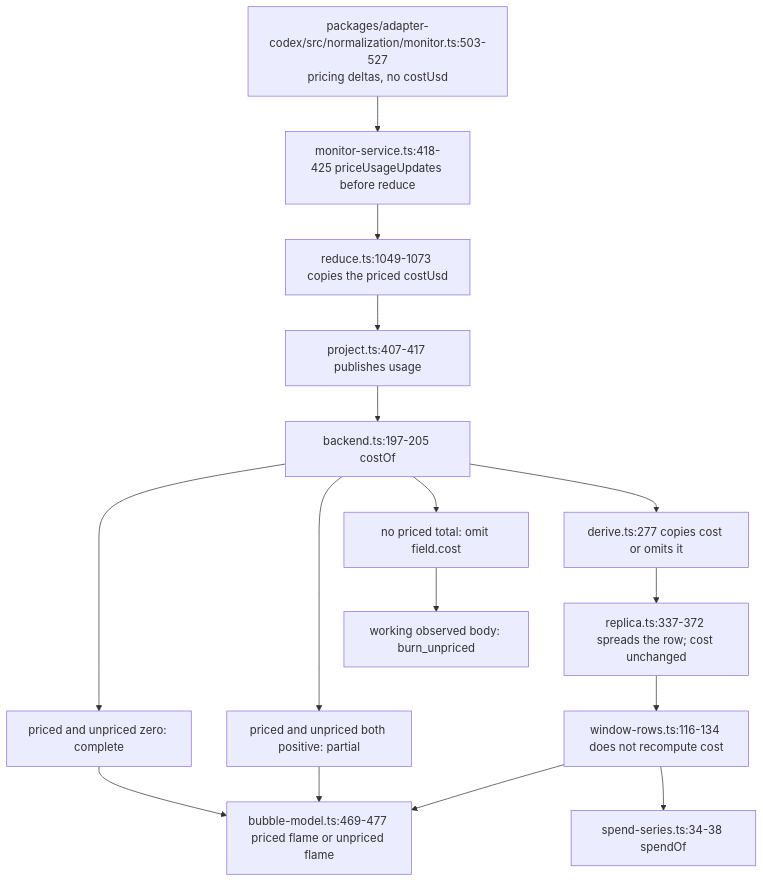
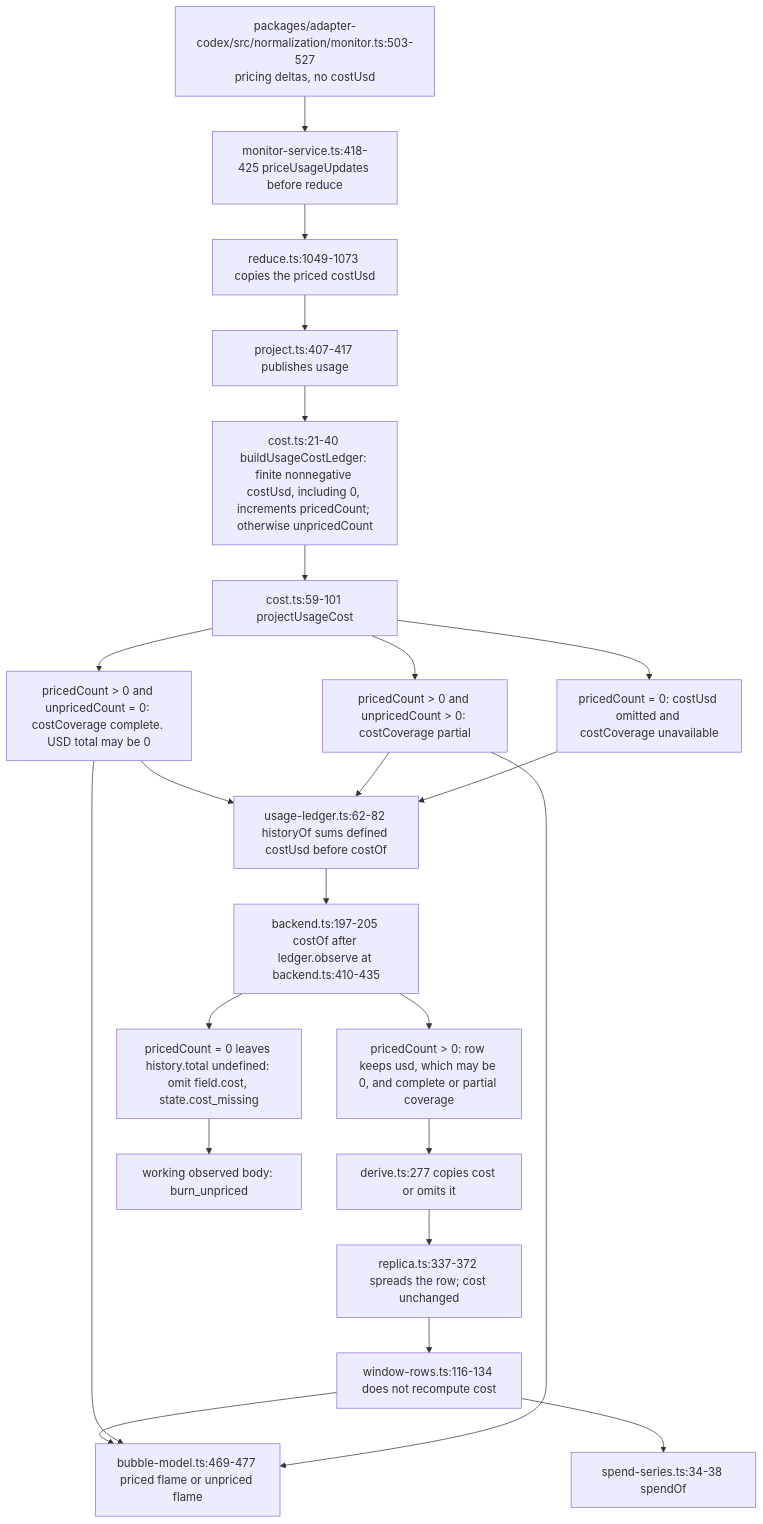
The diagram in audit/godview/evidence/codex/cost.burnPerHour.mmd (vibefield/puppeteer), drawn with Mermaid before and after one commit. The commit also changed 38 other files, not shown here.

First line of the commit message:
State priced cost coverage as observation counts.

```diff
--- a/audit/godview/evidence/codex/cost.burnPerHour.mmd
+++ b/audit/godview/evidence/codex/cost.burnPerHour.mmd
@@ -1,20 +1,27 @@
 %% field: field.cost.usd
 %% adapter: codex
 %% forensic: source-read; liveObserved false
 flowchart TD
   signal["packages/adapter-codex/src/normalization/monitor.ts:503-527\npricing deltas, no costUsd"]
   signal --> price["monitor-service.ts:418-425 priceUsageUpdates before reduce"]
   price --> reduce["reduce.ts:1049-1073 copies the priced costUsd"]
   reduce --> project["project.ts:407-417 publishes usage"]
-  project --> costOf["backend.ts:197-205 costOf"]
-  costOf --> complete["priced and unpriced zero: complete"]
-  costOf --> partial["priced and unpriced both positive: partial"]
-  costOf --> missing["no priced total: omit field.cost"]
-  costOf --> derive["derive.ts:277 copies cost or omits it"]
+  project --> counts["cost.ts:21-40 buildUsageCostLedger: finite nonnegative costUsd, including 0, increments pricedCount; otherwise unpricedCount"]
+  counts --> decide["cost.ts:59-101 projectUsageCost"]
+  decide --> complete["pricedCount > 0 and unpricedCount = 0: costCoverage complete. USD total may be 0"]
+  decide --> partial["pricedCount > 0 and unpricedCount > 0: costCoverage partial"]
+  decide --> none["pricedCount = 0: costUsd omitted and costCoverage unavailable"]
+  complete --> agg["usage-ledger.ts:62-82 historyOf sums defined costUsd before costOf"]
+  partial --> agg
+  none --> agg
+  agg --> costOf["backend.ts:197-205 costOf after ledger.observe at backend.ts:410-435"]
+  costOf --> missing["pricedCount = 0 leaves history.total undefined: omit field.cost, state.cost_missing"]
+  costOf --> kept["pricedCount > 0: row keeps usd, which may be 0, and complete or partial coverage"]
+  kept --> derive["derive.ts:277 copies cost or omits it"]
   derive --> replica["replica.ts:337-372 spreads the row; cost unchanged"]
   replica --> window["window-rows.ts:116-134 does not recompute cost"]
   window --> swarm["bubble-model.ts:469-477 priced flame or unpriced flame"]
   window --> spend["spend-series.ts:34-38 spendOf"]
   complete --> swarm
   partial --> swarm
-  missing --> unpriced["working observed body: burn_unpriced"]
+  missing --> unpricedFlame["working observed body: burn_unpriced"]
```
